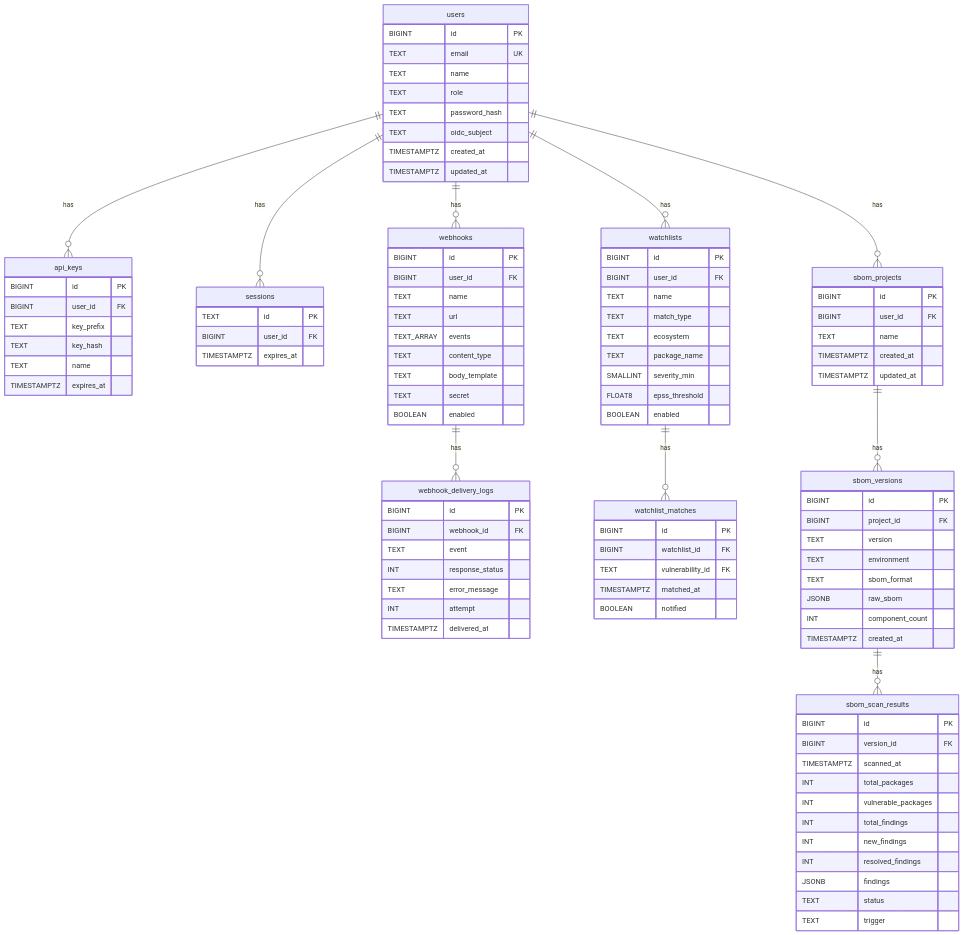
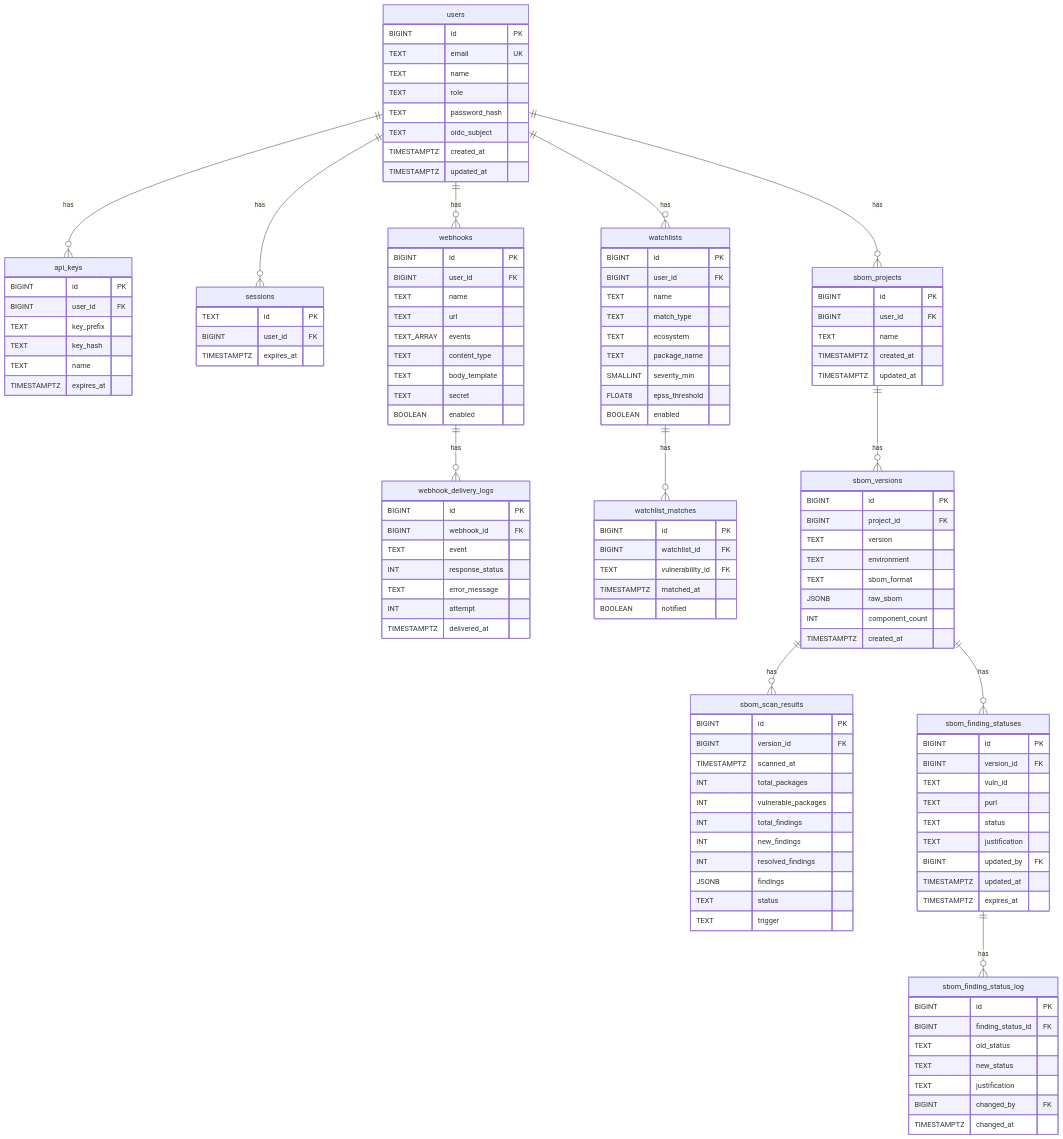
The eighth of 9 diagrams in .kiro/steering/erd.md (kato83/mayu), drawn with Mermaid before and after one commit. The commit also changed other lines of this file and 12 other files, not shown here.

First line of the commit message:
feat: add finding status management with migration, domain types, store interface, and implementation

````diff
--- a/.kiro/steering/erd.md
+++ b/.kiro/steering/erd.md
@@ -1137,6 +1161,28 @@
         TEXT trigger
     }
 
+    sbom_finding_statuses {
+        BIGINT id PK
+        BIGINT version_id FK
+        TEXT vuln_id
+        TEXT purl
+        TEXT status
+        TEXT justification
+        BIGINT updated_by FK
+        TIMESTAMPTZ updated_at
+        TIMESTAMPTZ expires_at
+    }
+
+    sbom_finding_status_log {
+        BIGINT id PK
+        BIGINT finding_status_id FK
+        TEXT old_status
+        TEXT new_status
+        TEXT justification
+        BIGINT changed_by FK
+        TIMESTAMPTZ changed_at
+    }
+
     users ||--o{ api_keys : "has"
     users ||--o{ sessions : "has"
     users ||--o{ webhooks : "has"
@@ -1146,4 +1192,6 @@
     watchlists ||--o{ watchlist_matches : "has"
     sbom_projects ||--o{ sbom_versions : "has"
     sbom_versions ||--o{ sbom_scan_results : "has"
+    sbom_versions ||--o{ sbom_finding_statuses : "has"
+    sbom_finding_statuses ||--o{ sbom_finding_status_log : "has"
 ```
````
